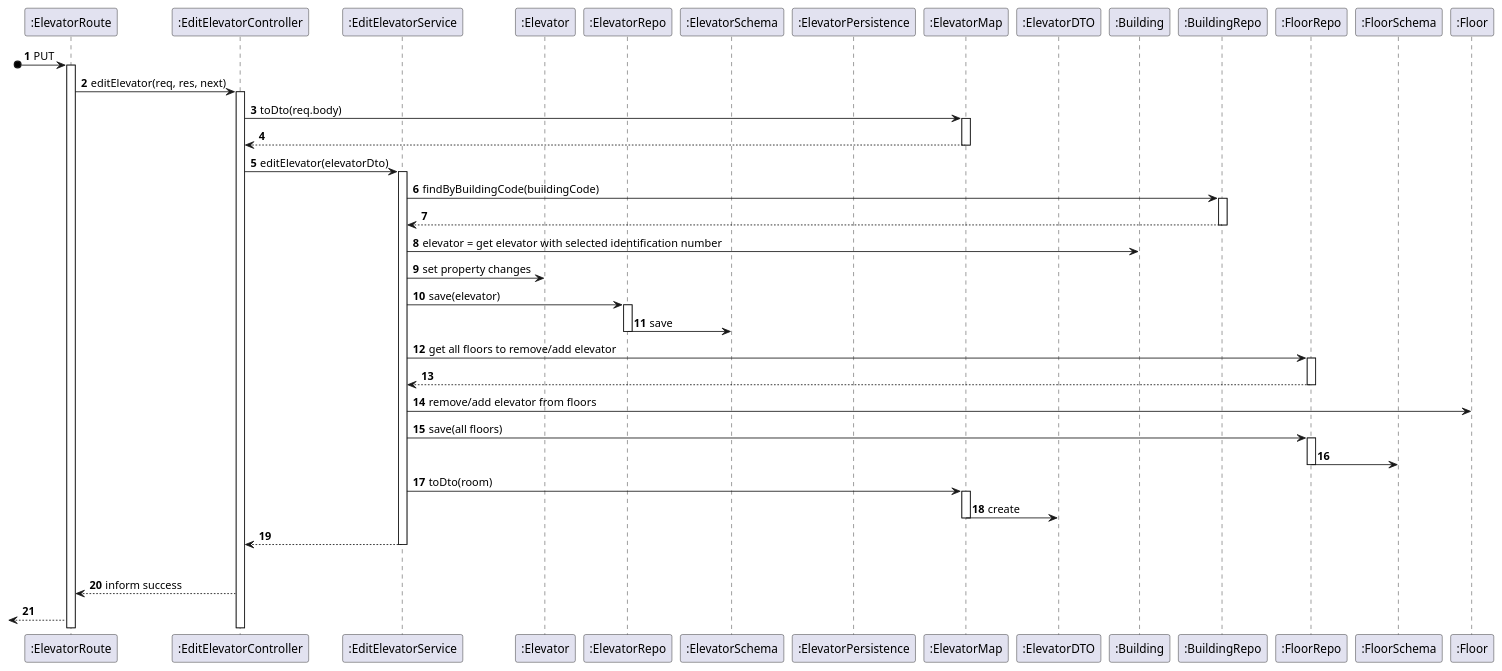
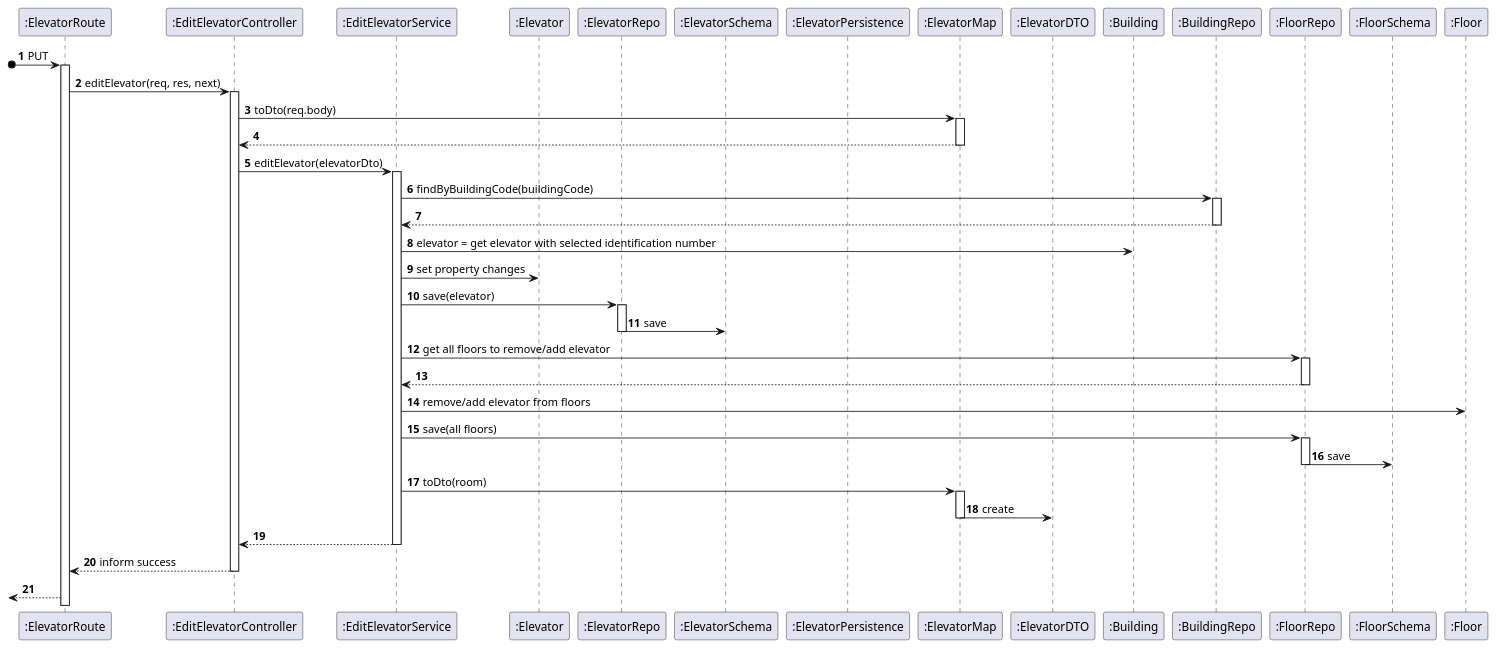
The diagram in docs/US_280/Diagrams/Level3/SequenceDiagramLevel3.puml (Pedro-Pereira1/sem5pi_23_24_g056), drawn with PlantUML before and after one commit. The commit also changed 1 other file, not shown here.

```diff
--- a/docs/US_280/Diagrams/Level3/SequenceDiagramLevel3.puml
+++ b/docs/US_280/Diagrams/Level3/SequenceDiagramLevel3.puml
@@ -1,80 +1,79 @@
 @startuml
 
 autonumber
 
 participant ":ElevatorRoute" as Route
 participant ":EditElevatorController" as Controller
 participant ":EditElevatorService" as Service
 participant ":Elevator" as Elevator
 participant ":ElevatorRepo" as Repo
 participant ":ElevatorSchema" as Schema
 participant ":ElevatorPersistence" as Persistence
 participant ":ElevatorMap" as Map
 participant ":ElevatorDTO" as DTO
 participant ":Building" as Building
 participant ":BuildingRepo" as BuildingRepo
 participant ":FloorRepo" as FloorRepo
 participant ":FloorSchema" as FloorSchema
 participant ":Floor" as Floor
 
 
 ?o->Route: PUT
 activate Route
 
 Route -> Controller: editElevator(req, res, next)
 activate Controller
 
 Controller -> Map: toDto(req.body)
 activate Map
 
 Controller <-- Map
 deactivate Map
 
 
 Controller -> Service: editElevator(elevatorDto)
 activate Service
 
 Service -> BuildingRepo: findByBuildingCode(buildingCode)
 activate BuildingRepo
 Service <-- BuildingRepo
 deactivate BuildingRepo
 
 Service -> Building: elevator = get elevator with selected identification number
 
 Service -> Elevator: set property changes
 
 Service -> Repo: save(elevator)
 activate Repo
 
 Repo -> Schema: save
 deactivate Repo
 
 Service -> FloorRepo: get all floors to remove/add elevator
 activate FloorRepo
 Service <-- FloorRepo
 deactivate FloorRepo
 
 Service -> Floor: remove/add elevator from floors
 Service -> FloorRepo: save(all floors)
 activate FloorRepo
 
-FloorRepo -> FloorSchema
+FloorRepo -> FloorSchema: save
 deactivate FloorRepo
 
 Service -> Map:toDto(room)
 activate Map
 
 Map -> DTO: create
 deactivate Map
 
 Service --> Controller:
 deactivate Service
 
-alt success
 Controller --> Route: inform success
-
+deactivate Controller
 <--Route:
 
 
 
 @enduml
```
